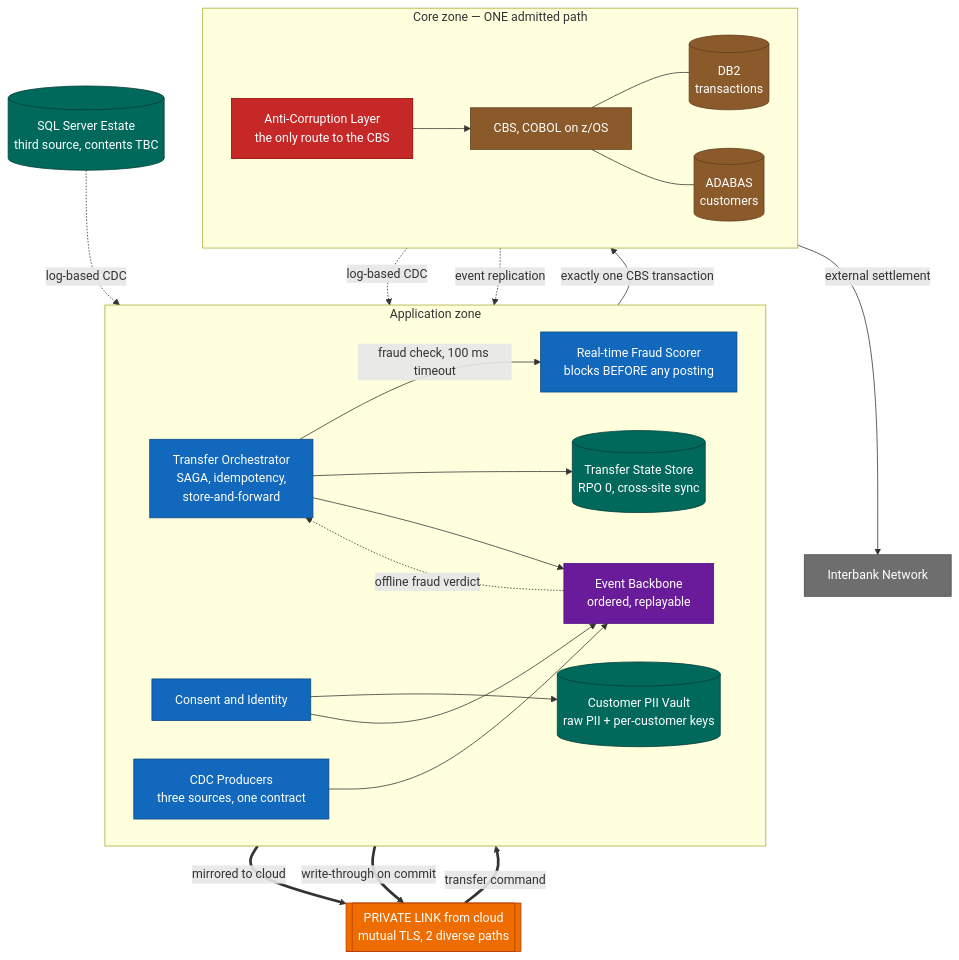
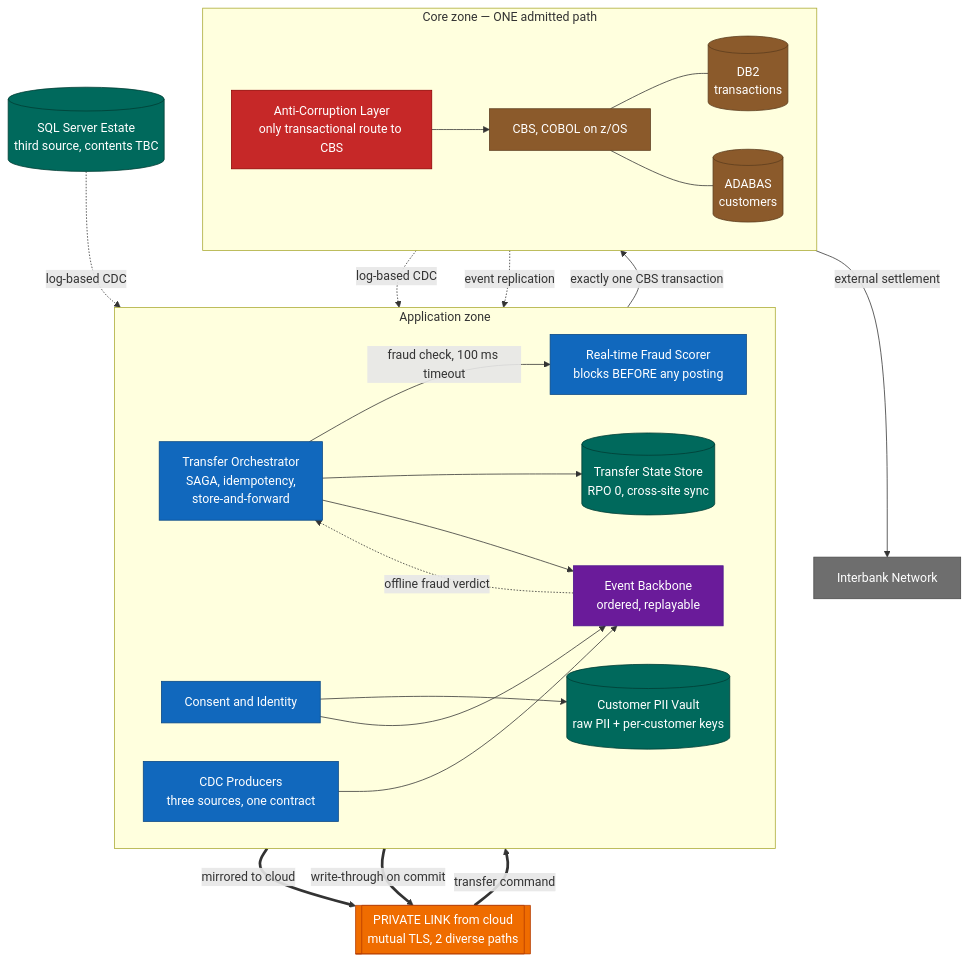
One commit to sunnydubey1111/neobank-digital-leap changed the fifth of 15 diagrams in docs/solution/diagrams.md. Above: the diagram before and after it, drawn with Mermaid. The commit also changed other lines of this file and 6 other files, not shown here.

First line of the commit message:
Reconcile three architectural contradictions and finish the Word document

````diff
--- a/docs/solution/diagrams.md
+++ b/docs/solution/diagrams.md
@@ -237,54 +237,54 @@
 ```mermaid
 flowchart TB
     link[["PRIVATE LINK from cloud<br/>mutual TLS, 2 diverse paths"]]:::boundary
 
     subgraph appzone["Application zone"]
         direction LR
         orch["Transfer Orchestrator<br/>SAGA, idempotency,<br/>store-and-forward"]:::svc
         rtf["Real-time Fraud Scorer<br/>blocks BEFORE any posting"]:::svc
         consent["Consent and Identity"]:::svc
         vault[("Customer PII Vault<br/>raw PII + per-customer keys")]:::sor
         ostore[("Transfer State Store<br/>RPO 0, cross-site sync")]:::sor
         bus["Event Backbone<br/>ordered, replayable"]:::bus
         cdc["CDC Producers<br/>three sources, one contract"]:::svc
     end
 
     subgraph corezone["Core zone — ONE admitted path"]
         direction LR
-        acl["Anti-Corruption Layer<br/>the only route to the CBS"]:::acl
+        acl["Anti-Corruption Layer<br/>only transactional route to CBS"]:::acl
         cbs["CBS, COBOL on z/OS"]:::legacy
         db2[("DB2<br/>transactions")]:::legacy
         adabas[("ADABAS<br/>customers")]:::legacy
     end
 
     sqls[("SQL Server Estate<br/>third source, contents TBC")]:::sor
     banks["Interbank Network"]:::external
 
     link ==>|transfer command| orch
     orch -->|fraud check, 100 ms timeout| rtf
     orch --> ostore
     orch -->|exactly one CBS transaction| acl
     orch --> bus
     consent --> vault
     consent --> bus
     cdc --> bus
     bus ==>|mirrored to cloud| link
     orch ==>|write-through on commit| link
     bus -.->|offline fraud verdict| orch
 
     acl --> cbs
     acl -->|external settlement| banks
     cbs --- db2
     cbs --- adabas
     db2 -.->|log-based CDC| cdc
     adabas -.->|event replication| cdc
     sqls -.->|log-based CDC| cdc
 
     classDef svc fill:#1168bd,stroke:#0b4884,color:#fff
     classDef sor fill:#00695c,stroke:#003d33,color:#fff
     classDef bus fill:#6a1b9a,stroke:#4a148c,color:#fff
     classDef acl fill:#c62828,stroke:#8e0000,color:#fff
     classDef legacy fill:#8b5a2b,stroke:#5c3c1d,color:#fff
     classDef external fill:#6e6e6e,stroke:#4a4a4a,color:#fff
     classDef boundary fill:#ef6c00,stroke:#b53d00,color:#fff
 ```
````
